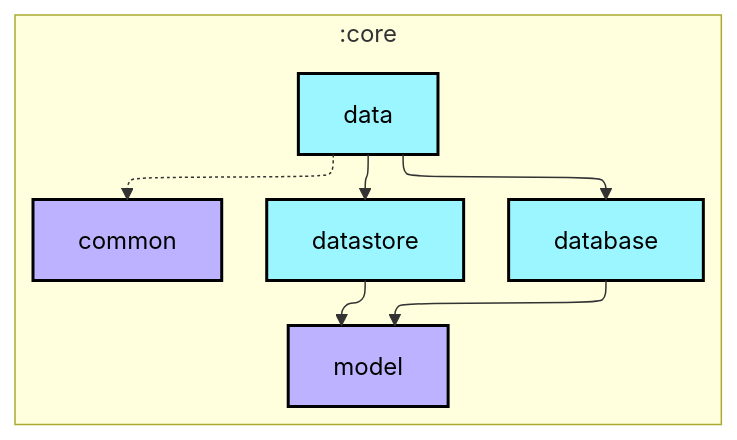
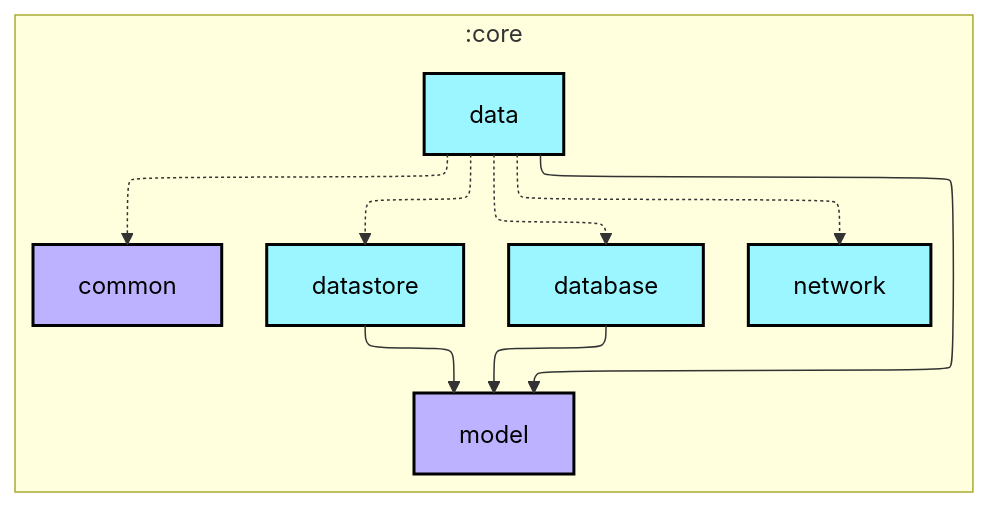
One commit to Sunior-k/walklog changed the first of 2 diagrams in core/data/README.md. Above: the diagram before and after it, drawn with Mermaid. The commit also changed other lines of this file and 52 other files, not shown here.

````diff
--- a/core/data/README.md
+++ b/core/data/README.md
@@ -8,29 +8,32 @@
 ```mermaid
 ---
 config:
   layout: elk
   elk:
     nodePlacementStrategy: SIMPLE
 ---
 graph TB
   subgraph :core
     direction TB
     :core:data[data]:::android-library
     :core:database[database]:::android-library
     :core:datastore[datastore]:::android-library
+    :core:network[network]:::android-library
     :core:common[common]:::jvm-library
     :core:model[model]:::jvm-library
   end
 
-  :core:data --> :core:database
-  :core:data --> :core:datastore
+  :core:data --> :core:model
+  :core:data -.-> :core:database
+  :core:data -.-> :core:datastore
+  :core:data -.-> :core:network
   :core:data -.-> :core:common
   :core:database --> :core:model
   :core:datastore --> :core:model
 
 classDef android-application fill:#CAFFBF,stroke:#000,stroke-width:2px,color:#000;
 classDef android-feature fill:#FFD6A5,stroke:#000,stroke-width:2px,color:#000;
 classDef android-library fill:#9BF6FF,stroke:#000,stroke-width:2px,color:#000;
 classDef android-test fill:#A0C4FF,stroke:#000,stroke-width:2px,color:#000;
 classDef jvm-library fill:#BDB2FF,stroke:#000,stroke-width:2px,color:#000;
 ```
````
